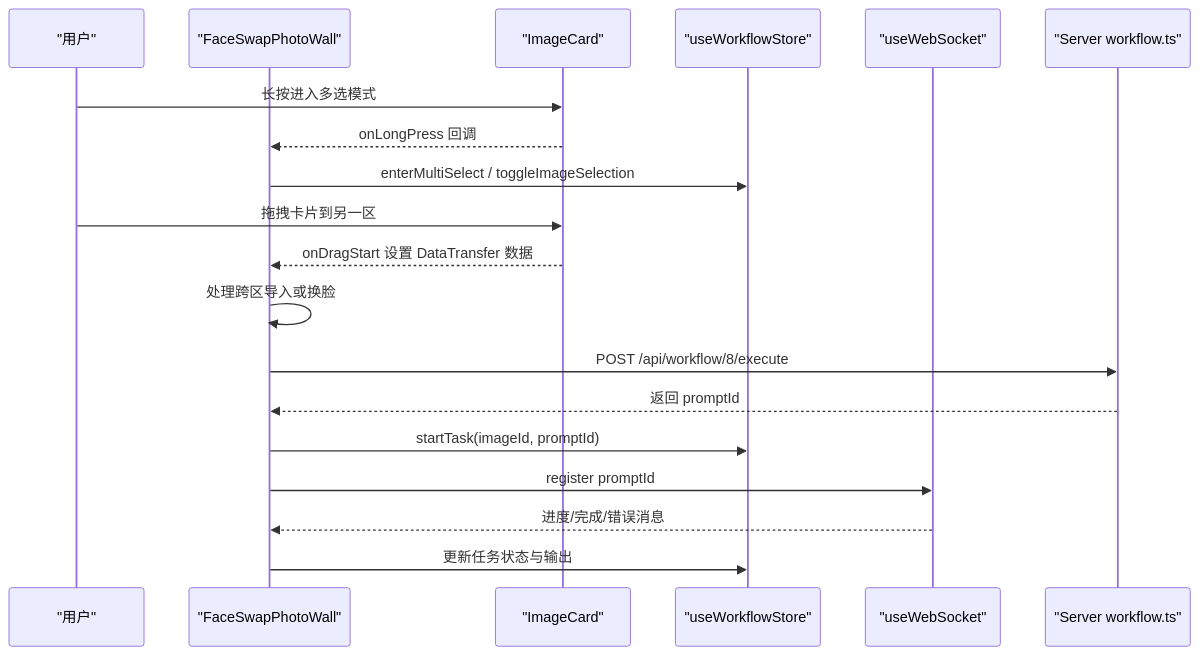
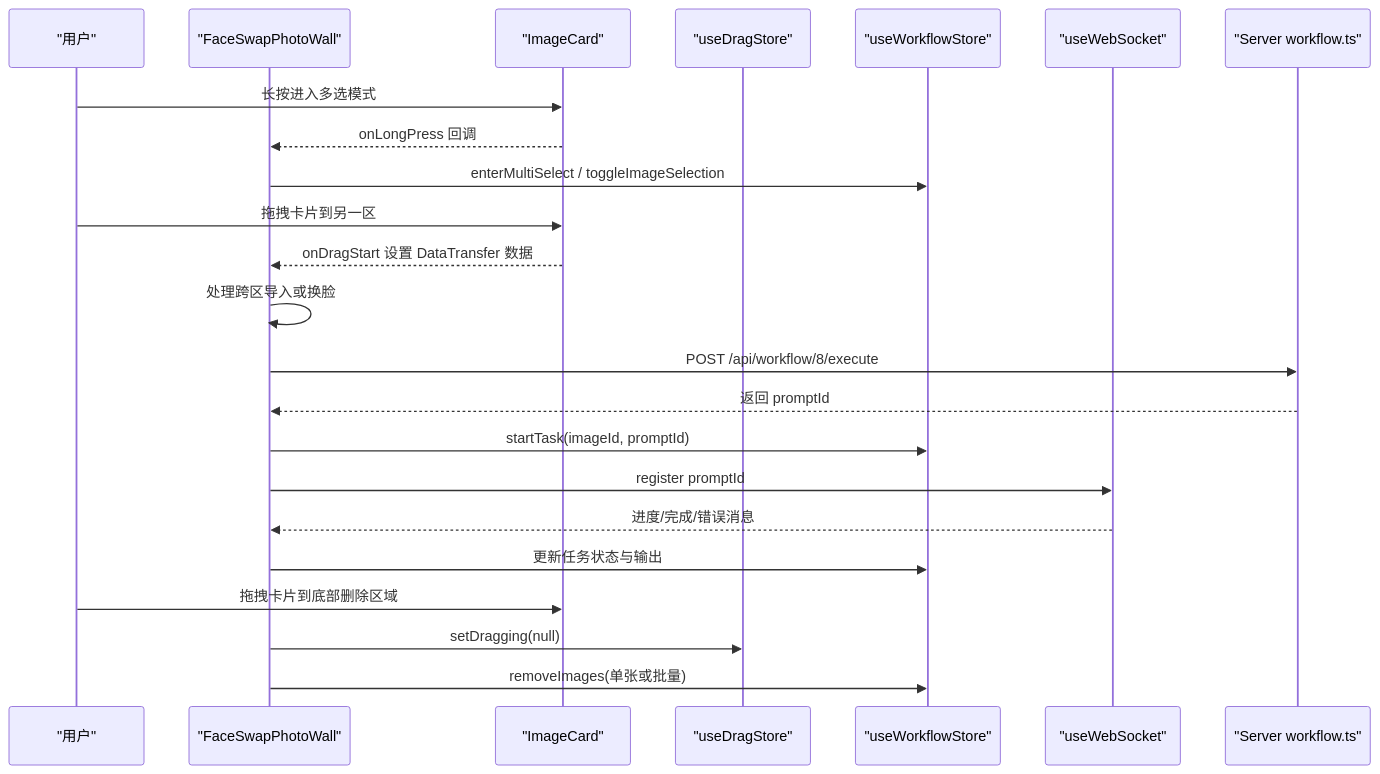
Before and after one commit to billye220670/CorineKit_Pix2Real: the second of 5 diagrams in .qoder/repowiki/zh/content/用户界面组件/专业功能组件/面部交换组件.md, drawn with Mermaid. The commit also changed other lines of this file and 54 other files, not shown here.

First line of the commit message:
feat: 模型下拉菜单元数据管理（缩略图+重命名）及session mask恢复优化

````diff
--- a/.qoder/repowiki/zh/content/用户界面组件/专业功能组件/面部交换组件.md
+++ b/.qoder/repowiki/zh/content/用户界面组件/专业功能组件/面部交换组件.md
@@ -111,21 +119,25 @@
 ```mermaid
 sequenceDiagram
 participant 用户 as "用户"
 participant FSPW as "FaceSwapPhotoWall"
 participant IC as "ImageCard"
+participant UDS as "useDragStore"
 participant UWS as "useWorkflowStore"
 participant UWB as "useWebSocket"
 participant S as "Server workflow.ts"
 用户->>IC : 长按进入多选模式
 IC-->>FSPW : onLongPress 回调
 FSPW->>UWS : enterMultiSelect / toggleImageSelection
 用户->>IC : 拖拽卡片到另一区
 IC-->>FSPW : onDragStart 设置 DataTransfer 数据
 FSPW->>FSPW : 处理跨区导入或换脸
 FSPW->>S : POST /api/workflow/8/execute
 S-->>FSPW : 返回 promptId
 FSPW->>UWS : startTask(imageId, promptId)
 FSPW->>UWB : register promptId
 UWB-->>FSPW : 进度/完成/错误消息
 FSPW->>UWS : 更新任务状态与输出
+用户->>IC : 拖拽卡片到底部删除区域
+FSPW->>UDS : setDragging(null)
+FSPW->>UWS : removeImages(单张或批量)
 ```
````
